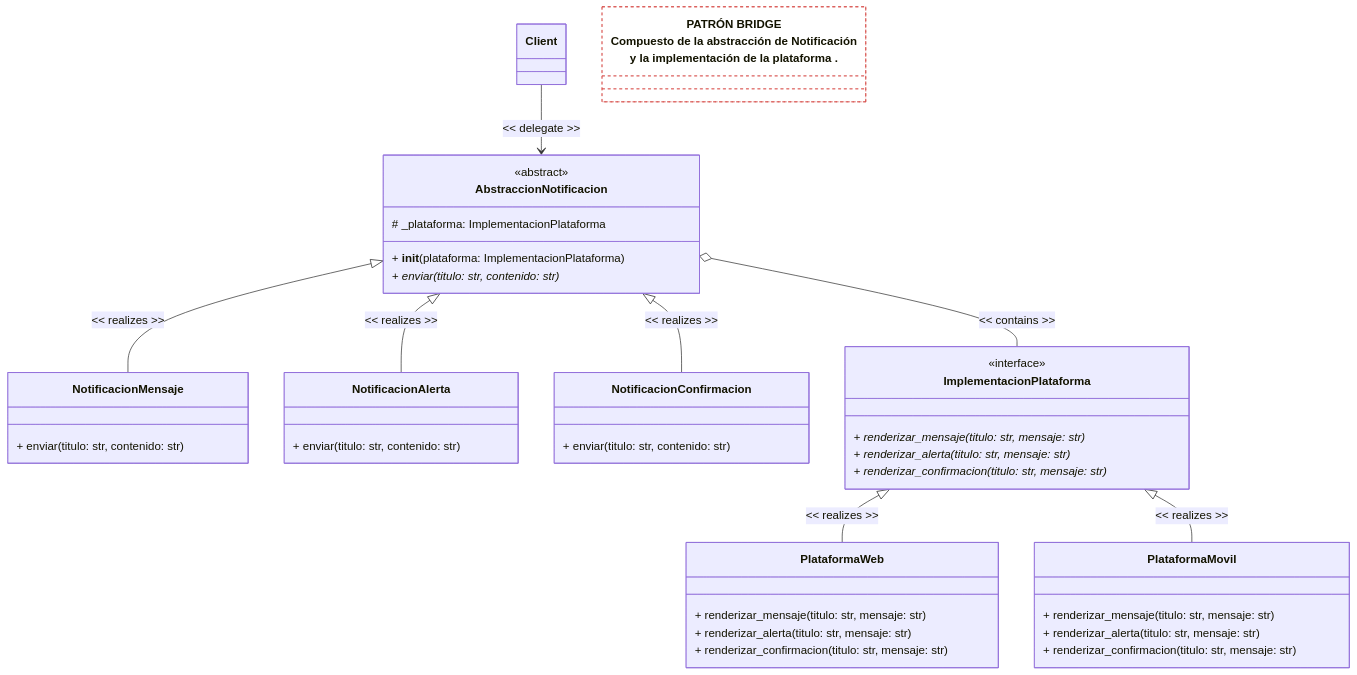
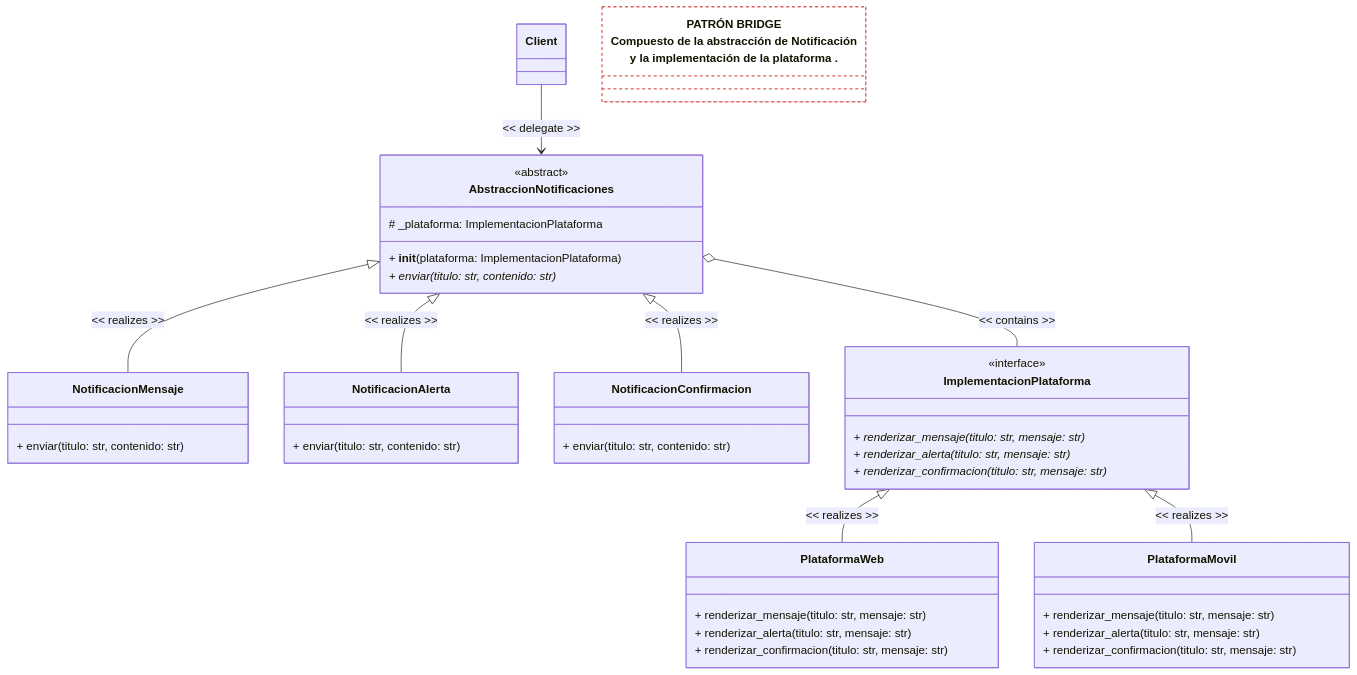
Before and after one commit to MAS26-grupo4/EFEFIC-ASW20263-Actividad1: the diagram in Escenario2-VisualizacionNotificaciones/README.MD, drawn with Mermaid. The commit also changed 7 other files, not shown here.

Commit message:
Implementación del patrón Bridge con la plataforma Web y las notificaciones de alerta, mensaje y confirmación

````diff
--- a/Escenario2-VisualizacionNotificaciones/README.MD
+++ b/Escenario2-VisualizacionNotificaciones/README.MD
@@ -139,63 +139,63 @@
 ```mermaid
 classDiagram
     direction TB
 
     class Client
     
     %% Definición de la Abstracción (Tipos de Notificación)
     
-    class AbstraccionNotificacion {
+    class AbstraccionNotificaciones {
         <<abstract>>
         # _plataforma: ImplementacionPlataforma
         + __init__(plataforma: ImplementacionPlataforma)
         + enviar(titulo: str, contenido: str)*
     }
 
-    Client --> AbstraccionNotificacion : << delegate >>
+    Client --> AbstraccionNotificaciones : << delegate >>
     
     class NotificacionMensaje {
         + enviar(titulo: str, contenido: str)
     }
 
     class NotificacionAlerta {
         + enviar(titulo: str, contenido: str)
     }
 
     class NotificacionConfirmacion {
         + enviar(titulo: str, contenido: str)
     }
 
-    AbstraccionNotificacion <|-- NotificacionMensaje : << realizes >>
-    AbstraccionNotificacion <|-- NotificacionAlerta : << realizes >>
-    AbstraccionNotificacion <|-- NotificacionConfirmacion : << realizes >>
+    AbstraccionNotificaciones <|-- NotificacionMensaje : << realizes >>
+    AbstraccionNotificaciones <|-- NotificacionAlerta : << realizes >>
+    AbstraccionNotificaciones <|-- NotificacionConfirmacion : << realizes >>
     
     %% Bridge (Composición)
-    AbstraccionNotificacion o-- ImplementacionPlataforma : << contains >>
+    AbstraccionNotificaciones o-- ImplementacionPlataforma : << contains >>
     
     %% Definición de Implementación (Plataforma)
     class ImplementacionPlataforma {
         <<interface>>
         + renderizar_mensaje(titulo: str, mensaje: str)*
         + renderizar_alerta(titulo: str, mensaje: str)*
         + renderizar_confirmacion(titulo: str, mensaje: str)*
     }
     
     class PlataformaWeb {
         + renderizar_mensaje(titulo: str, mensaje: str)
         + renderizar_alerta(titulo: str, mensaje: str)
         + renderizar_confirmacion(titulo: str, mensaje: str)
     }
     
     class PlataformaMovil {
         + renderizar_mensaje(titulo: str, mensaje: str)
         + renderizar_alerta(titulo: str, mensaje: str)
         + renderizar_confirmacion(titulo: str, mensaje: str)
     }
     
     ImplementacionPlataforma <|-- PlataformaWeb : << realizes >>
     ImplementacionPlataforma <|-- PlataformaMovil : << realizes >>
     
     %% Nota flotante con estilos personalizados (Bordes rojos, fondo blanco, texto rojo)
     class NotaExplicativa ["<span style='color:#d9534f;'><b>PATRÓN BRIDGE</b><br/>Compuesto de la abstracción de Notificación<br/> y la implementación de la plataforma .</span>"]
     style NotaExplicativa fill:#ffffff,stroke:#d9534f,stroke-dasharray: 4 4    
 ```
````
